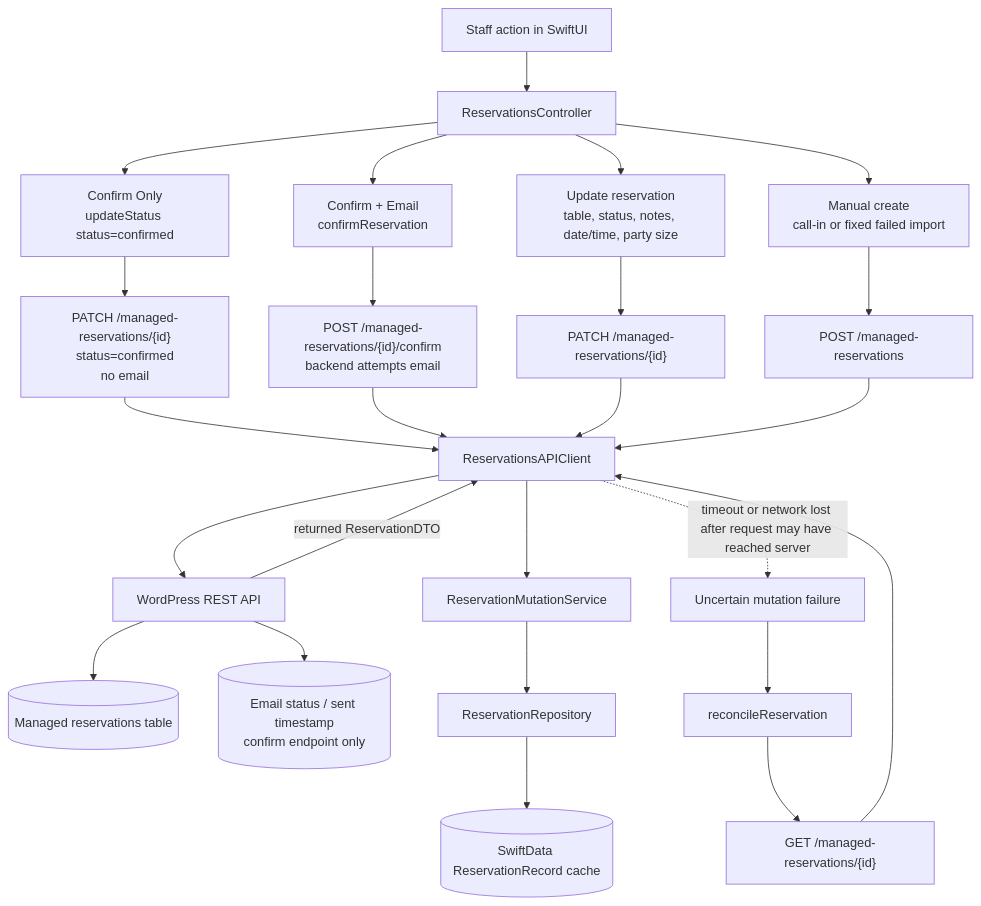
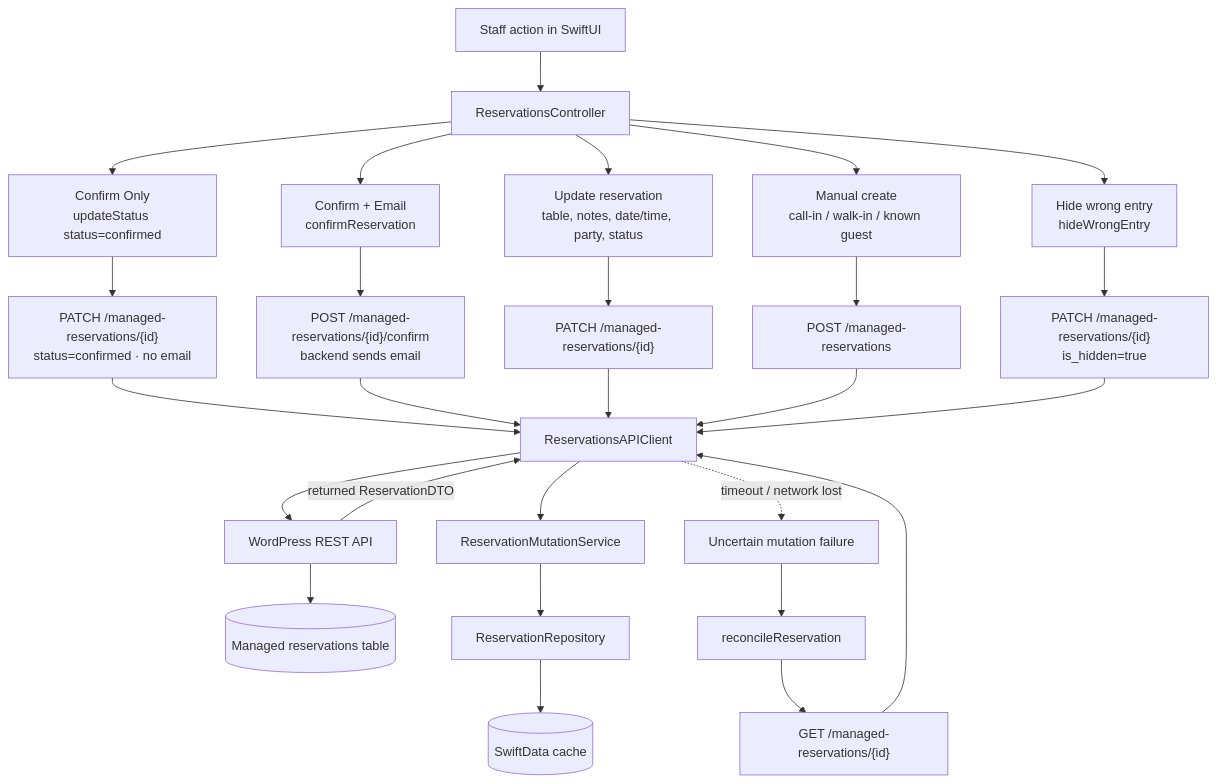
One commit to bohdan462/Reservation-iOS-App changed the fourth of 8 diagrams in ARCHITECTURE_DIAGRAMS.md. Above: the diagram before and after it, drawn with Mermaid. The commit also changed other lines of this file and 3 other files, not shown here.

````diff
--- a/ARCHITECTURE_DIAGRAMS.md
+++ b/ARCHITECTURE_DIAGRAMS.md
@@ -85,34 +138,37 @@
 ```mermaid
 flowchart TD
     Staff["Staff action in SwiftUI"] --> Controller["ReservationsController"]
 
     Controller --> ConfirmOnly["Confirm Only<br/>updateStatus status=confirmed"]
-    ConfirmOnly --> PatchConfirm["PATCH /managed-reservations/{id}<br/>status=confirmed<br/>no email"]
+    ConfirmOnly --> PatchConfirm["PATCH /managed-reservations/{id}<br/>status=confirmed · no email"]
 
     Controller --> ConfirmEmail["Confirm + Email<br/>confirmReservation"]
-    ConfirmEmail --> PostConfirm["POST /managed-reservations/{id}/confirm<br/>backend attempts email"]
+    ConfirmEmail --> PostConfirm["POST /managed-reservations/{id}/confirm<br/>backend sends email"]
 
-    Controller --> Update["Update reservation<br/>table, status, notes, date/time, party size"]
+    Controller --> Update["Update reservation<br/>table, notes, date/time, party, status"]
     Update --> PatchUpdate["PATCH /managed-reservations/{id}"]
 
-    Controller --> Create["Manual create<br/>call-in or fixed failed import"]
+    Controller --> Create["Manual create<br/>call-in / walk-in / known guest"]
     Create --> PostCreate["POST /managed-reservations"]
+
+    Controller --> Hide["Hide wrong entry<br/>hideWrongEntry"]
+    Hide --> PatchHide["PATCH /managed-reservations/{id}<br/>is_hidden=true"]
 
     PatchConfirm --> API["ReservationsAPIClient"]
     PostConfirm --> API
     PatchUpdate --> API
     PostCreate --> API
+    PatchHide --> API
 
     API --> WP["WordPress REST API"]
     WP --> Managed[("Managed reservations table")]
-    WP --> EmailLogs[("Email status / sent timestamp<br/>confirm endpoint only")]
     WP -- "returned ReservationDTO" --> API
     API --> Service["ReservationMutationService"]
     Service --> Repo["ReservationRepository"]
-    Repo --> Cache[("SwiftData ReservationRecord cache")]
+    Repo --> Cache[("SwiftData cache")]
 
-    API -. "timeout or network lost after request may have reached server" .-> Uncertain["Uncertain mutation failure"]
+    API -. "timeout / network lost" .-> Uncertain["Uncertain mutation failure"]
     Uncertain --> Reconcile["reconcileReservation"]
     Reconcile --> GetOne["GET /managed-reservations/{id}"]
     GetOne --> API
 ```
````
